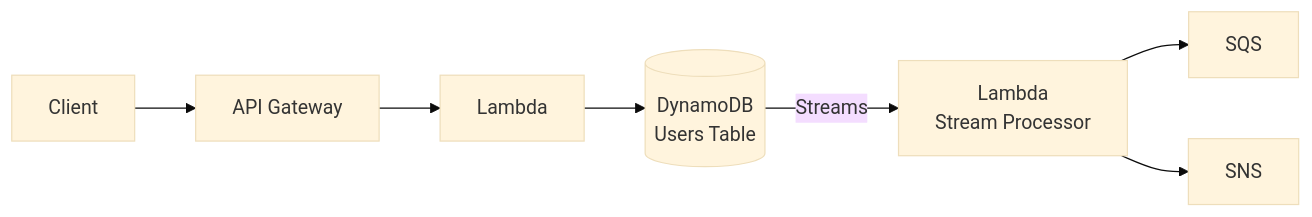
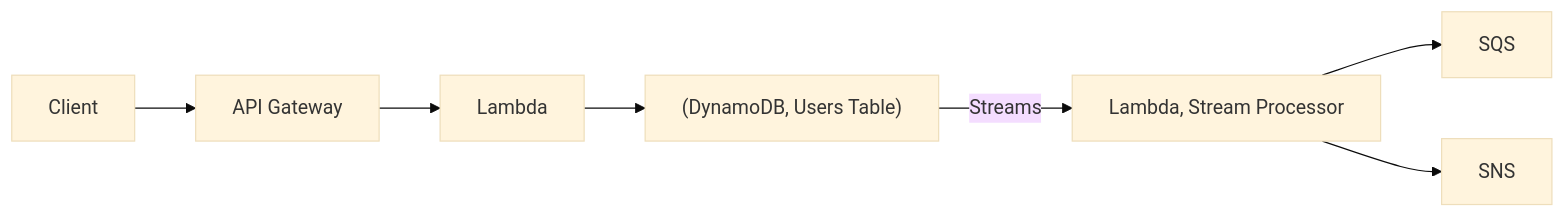
The first of 2 diagrams in Chapter_10_Amazon_DynamoDB.md (DeeptiShuklaProject/Uday_AWS), drawn with Mermaid (base theme) before and after one commit. The commit also changed other lines of this file and 34 other files, not shown here.

Commit message:
Fix mermaid diagrams syntax across all chapters (quote labels and remove HTML)

````diff
--- a/Chapter_10_Amazon_DynamoDB.md
+++ b/Chapter_10_Amazon_DynamoDB.md
@@ -149,9 +149,9 @@
 ```mermaid
 flowchart LR
     Client[Client] --> APIGW[API Gateway]
     APIGW --> Lambda[Lambda]
-    Lambda --> DDB[(DynamoDB<br>Users Table)]
-    DDB -->|Streams| StreamLambda[Lambda<br>Stream Processor]
+    Lambda --> DDB["(DynamoDB, Users Table)"]
+    DDB -->|Streams| StreamLambda["Lambda, Stream Processor"]
     StreamLambda --> SQS[SQS]
     StreamLambda --> SNS[SNS]
 ```
````
